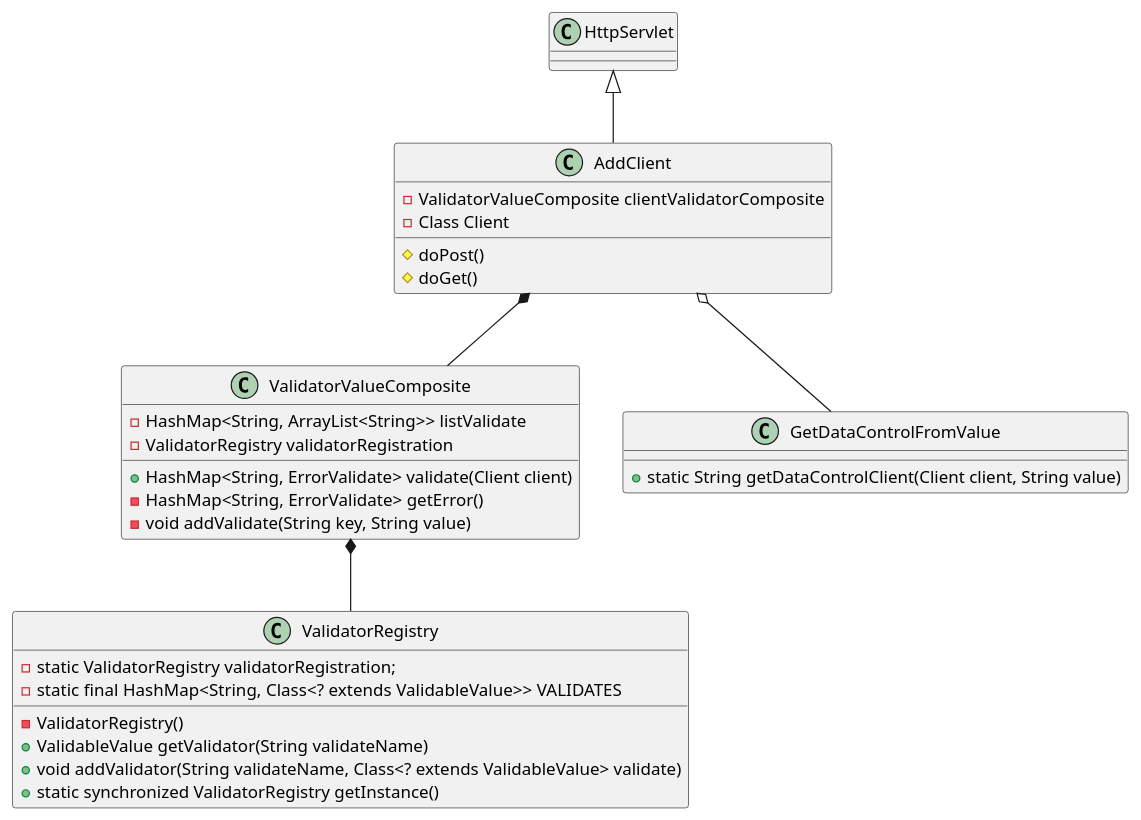
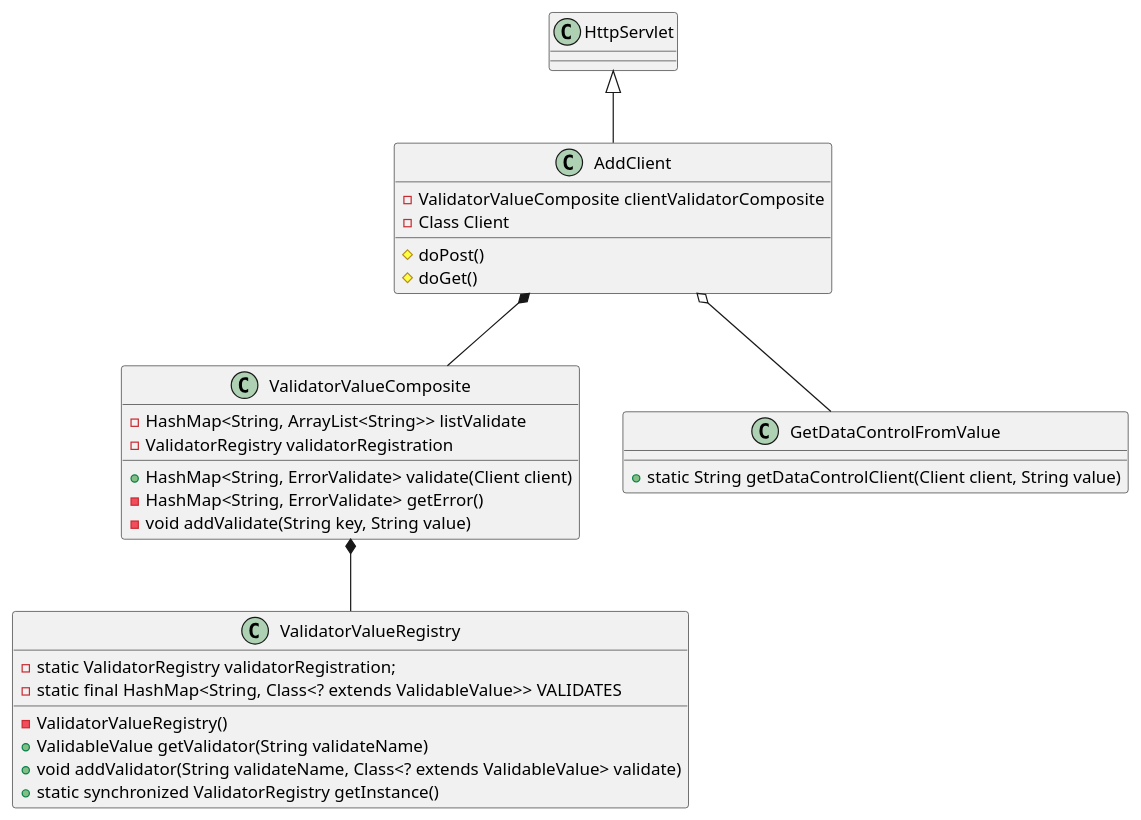
One commit to luciano55/storeApp2020 changed the diagram in store 2020a 14 septiembre/backend/plantUML/Validator.puml. Above: the diagram before and after it, drawn with PlantUML. The commit also changed 9 other files, not shown here.

```diff
--- a/store 2020a 14 septiembre/backend/plantUML/Validator.puml
+++ b/store 2020a 14 septiembre/backend/plantUML/Validator.puml
@@ -1,34 +1,34 @@
 @startuml validator
-class ValidatorRegistry{
+class ValidatorValueRegistry{
   -static ValidatorRegistry validatorRegistration;
   -static final HashMap<String, Class<? extends ValidableValue>> VALIDATES 
-  -ValidatorRegistry() 
+  -ValidatorValueRegistry() 
   +ValidableValue getValidator(String validateName)
   +void addValidator(String validateName, Class<? extends ValidableValue> validate) 
   +static synchronized ValidatorRegistry getInstance() 
 }
 class ValidatorValueComposite{
   -HashMap<String, ArrayList<String>> listValidate
   -ValidatorRegistry validatorRegistration
   +HashMap<String, ErrorValidate> validate(Client client)
   -HashMap<String, ErrorValidate> getError()
   -void addValidate(String key, String value)  
 }
 class AddClient {
   -ValidatorValueComposite clientValidatorComposite
   -Class Client
    # doPost()
    # doGet()
 }
 class  HttpServlet{
 }
 class GetDataControlFromValue{
   +static String getDataControlClient(Client client, String value) 
 }
 
 
-ValidatorValueComposite *-- ValidatorRegistry
+ValidatorValueComposite *-- ValidatorValueRegistry
 HttpServlet  <|--  AddClient 
 AddClient  *-- ValidatorValueComposite
 AddClient o-- GetDataControlFromValue
 @enduml
```
